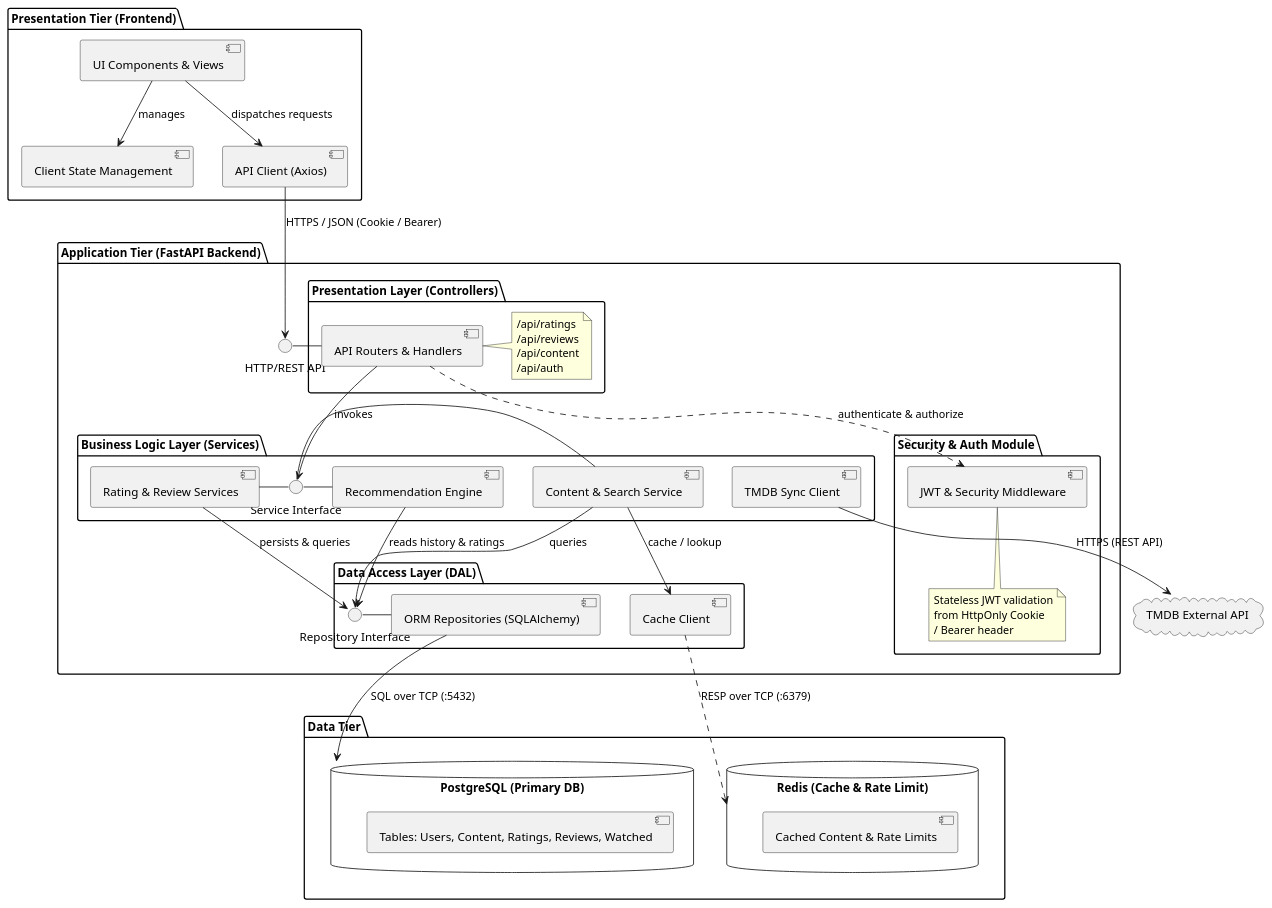
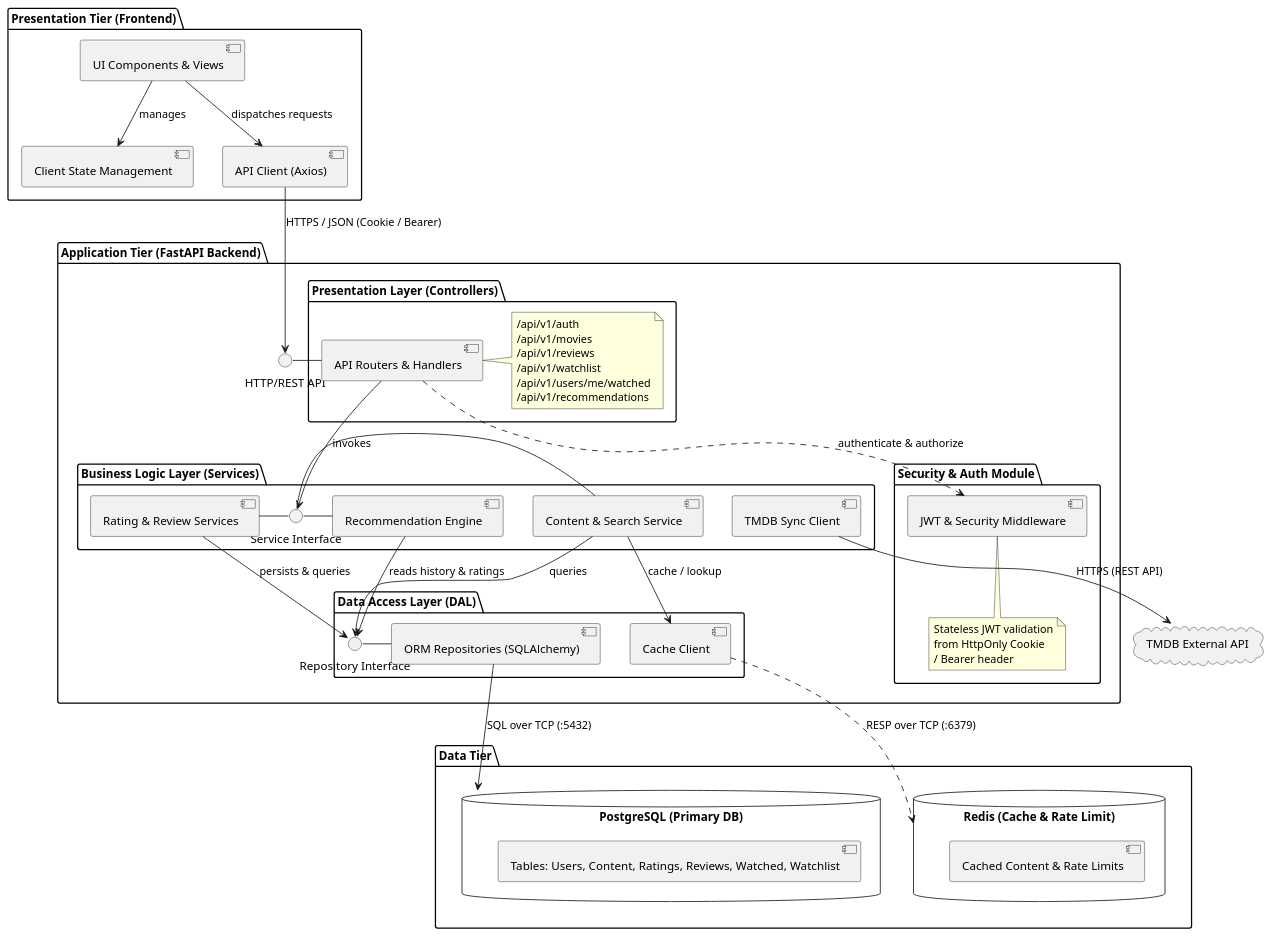
One commit to ukma-fin-ssdm-2026/ctrl-alt-defeat changed the diagram in docs/architecture/uml/component-diagram.puml. Above: the diagram before and after it, drawn with PlantUML. The commit also changed 2 other files, not shown here.

Commit message:
docs(architecture): update traceability matrix test IDs, router endpoints and component diagram

```diff
--- a/docs/architecture/uml/component-diagram.puml
+++ b/docs/architecture/uml/component-diagram.puml
@@ -1,80 +1,82 @@
 @startuml
 skinparam componentStyle uml2
 
 package "Presentation Tier (Frontend)" {
     [UI Components & Views] as UI_Comp
     [Client State Management] as UI_State
     [API Client (Axios)] as UI_Client
 
     UI_Comp --> UI_State : manages
     UI_Comp --> UI_Client : dispatches requests
 }
 
 package "Application Tier (FastAPI Backend)" {
     () "HTTP/REST API" as HTTP_Interface
 
     package "Presentation Layer (Controllers)" {
         [API Routers & Handlers] as Controllers
         note right of Controllers
-          /api/ratings
-          /api/reviews
-          /api/content
-          /api/auth
+          /api/v1/auth
+          /api/v1/movies
+          /api/v1/reviews
+          /api/v1/watchlist
+          /api/v1/users/me/watched
+          /api/v1/recommendations
         end note
     }
 
     package "Security & Auth Module" {
         [JWT & Security Middleware] as Security
         note bottom of Security
           Stateless JWT validation
           from HttpOnly Cookie
           / Bearer header
         end note
     }
 
     package "Business Logic Layer (Services)" {
         () "Service Interface" as Service_Interface
         [Rating & Review Services] as Logic_Review
         [Content & Search Service] as Logic_Content
         [Recommendation Engine] as Logic_Rec
         [TMDB Sync Client] as Logic_TMDB
     }
 
     package "Data Access Layer (DAL)" {
         () "Repository Interface" as Repo_Interface
         [ORM Repositories (SQLAlchemy)] as DAL
         [Cache Client] as Cache_Client
     }
 
     HTTP_Interface - Controllers
     Controllers ..> Security : authenticate & authorize
     Controllers --> Service_Interface : invokes
     Service_Interface - Logic_Review
     Service_Interface - Logic_Content
     Service_Interface - Logic_Rec
 
     Logic_Review --> Repo_Interface : persists & queries
     Logic_Content --> Repo_Interface : queries
     Logic_Content --> Cache_Client : cache / lookup
     Logic_Rec --> Repo_Interface : reads history & ratings
     Repo_Interface - DAL
 }
 
 package "Data Tier" {
     database "PostgreSQL (Primary DB)" as DB {
-        [Tables: Users, Content, Ratings, Reviews, Watched]
+        [Tables: Users, Content, Ratings, Reviews, Watched, Watchlist]
     }
 
     database "Redis (Cache & Rate Limit)" as Cache {
         [Cached Content & Rate Limits]
     }
 }
 
 cloud "TMDB External API" as TMDB
 
 UI_Client --> HTTP_Interface : HTTPS / JSON (Cookie / Bearer)
 DAL --> DB : SQL over TCP (:5432)
 Cache_Client ..> Cache : RESP over TCP (:6379)
 Logic_TMDB --> TMDB : HTTPS (REST API)
 
 @enduml
```
